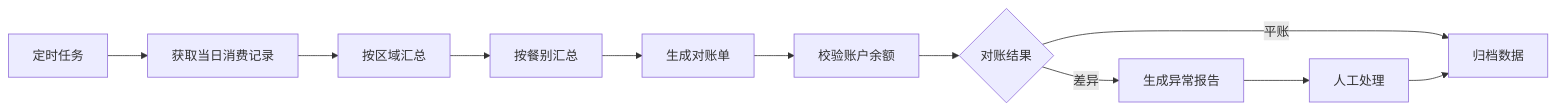
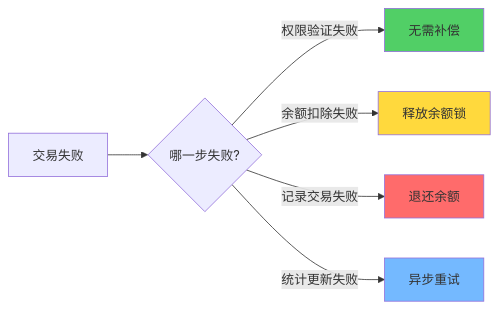
The sixth of 6 diagrams in documentation/业务模块/04-消费管理模块/子模块/05-消费处理/业务流程图.md (wilson323/IOE-DREAMfornew), drawn with Mermaid before and after one commit. The commit also changed other lines of this file and 19 other files, not shown here.

Commit message:
docs: update architecture documentation with resource optimization strategies, including unified thread pool and multi-level caching design

````diff
--- a/documentation/业务模块/04-消费管理模块/子模块/05-消费处理/业务流程图.md
+++ b/documentation/业务模块/04-消费管理模块/子模块/05-消费处理/业务流程图.md
@@ -121,13 +256,13 @@
 ```mermaid
 flowchart LR
-    A[定时任务] --> B[获取当日消费记录]
-    B --> C[按区域汇总]
-    C --> D[按餐别汇总]
-    D --> E[生成对账单]
-    E --> F[校验账户余额]
-    F --> G{对账结果}
-    G -->|平账| H[归档数据]
-    G -->|差异| I[生成异常报告]
-    I --> J[人工处理]
-    J --> H
+    A[交易失败] --> B{哪一步失败?}
+    B -->|权限验证失败| C[无需补偿]
+    B -->|余额扣除失败| D[释放余额锁]
+    B -->|记录交易失败| E[退还余额]
+    B -->|统计更新失败| F[异步重试]
+    
+    style C fill:#51cf66
+    style D fill:#ffd93d
+    style E fill:#ff6b6b
+    style F fill:#74b9ff
 ```
````
